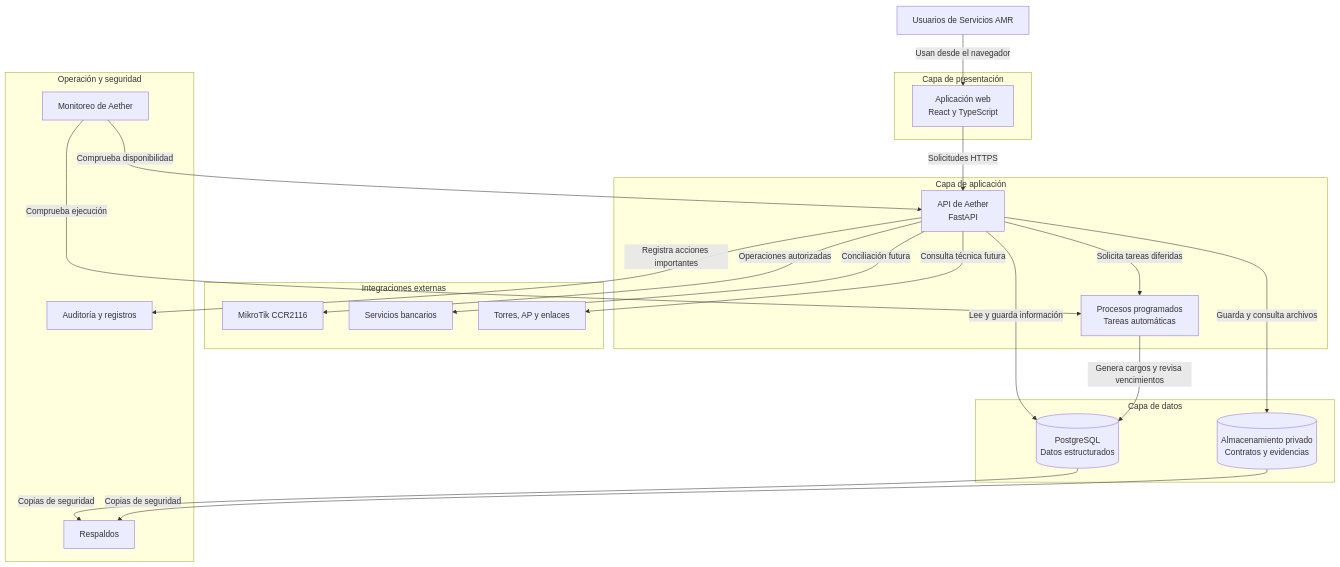
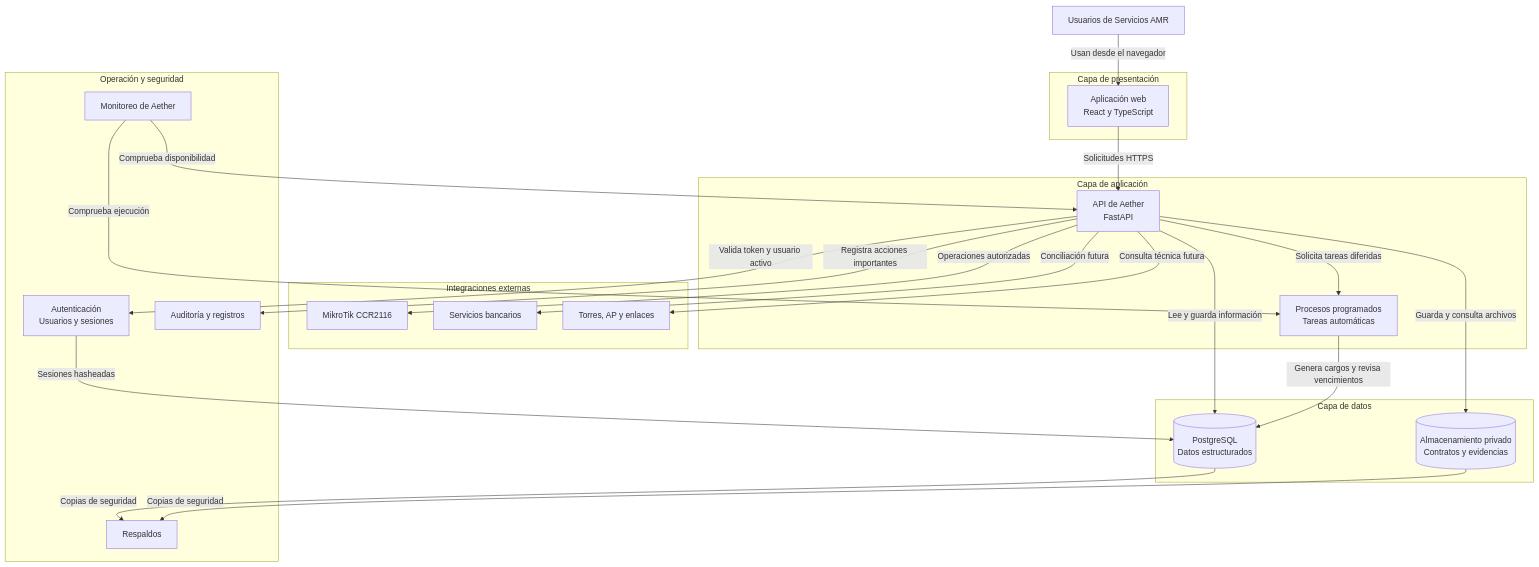
The diagram in docs/diagrams/05_system_architecture.md (neftalistgo1-gif/Aether), drawn with Mermaid before and after one commit. The commit also changed 18 other files, not shown here.

````diff
--- a/docs/diagrams/05_system_architecture.md
+++ b/docs/diagrams/05_system_architecture.md
@@ -11,50 +11,53 @@
 ```mermaid
 flowchart TD
     users["Usuarios de Servicios AMR"]
 
     subgraph clientLayer["Capa de presentación"]
         frontend["Aplicación web<br/>React y TypeScript"]
     end
 
     subgraph applicationLayer["Capa de aplicación"]
         api["API de Aether<br/>FastAPI"]
         backgroundJobs["Procesos programados<br/>Tareas automáticas"]
     end
 
     subgraph dataLayer["Capa de datos"]
         database[("PostgreSQL<br/>Datos estructurados")]
         fileStorage[("Almacenamiento privado<br/>Contratos y evidencias")]
     end
 
     subgraph integrations["Integraciones externas"]
         mikrotik["MikroTik CCR2116"]
         bank["Servicios bancarios"]
         networkDevices["Torres, AP y enlaces"]
     end
 
     subgraph operations["Operación y seguridad"]
+        authentication["Autenticación<br/>Usuarios y sesiones"]
         audit["Auditoría y registros"]
         backups["Respaldos"]
         monitoring["Monitoreo de Aether"]
     end
 
     users -->|"Usan desde el navegador"| frontend
     frontend -->|"Solicitudes HTTPS"| api
+    api -->|"Valida token y usuario activo"| authentication
+    authentication -->|"Sesiones hasheadas"| database
 
     api -->|"Lee y guarda información"| database
     api -->|"Guarda y consulta archivos"| fileStorage
     api -->|"Registra acciones importantes"| audit
 
     api -->|"Solicita tareas diferidas"| backgroundJobs
     backgroundJobs -->|"Genera cargos y revisa vencimientos"| database
 
     api -->|"Operaciones autorizadas"| mikrotik
     api -->|"Conciliación futura"| bank
     api -->|"Consulta técnica futura"| networkDevices
 
     database -->|"Copias de seguridad"| backups
     fileStorage -->|"Copias de seguridad"| backups
 
     monitoring -->|"Comprueba disponibilidad"| api
     monitoring -->|"Comprueba ejecución"| backgroundJobs
 ```
````
